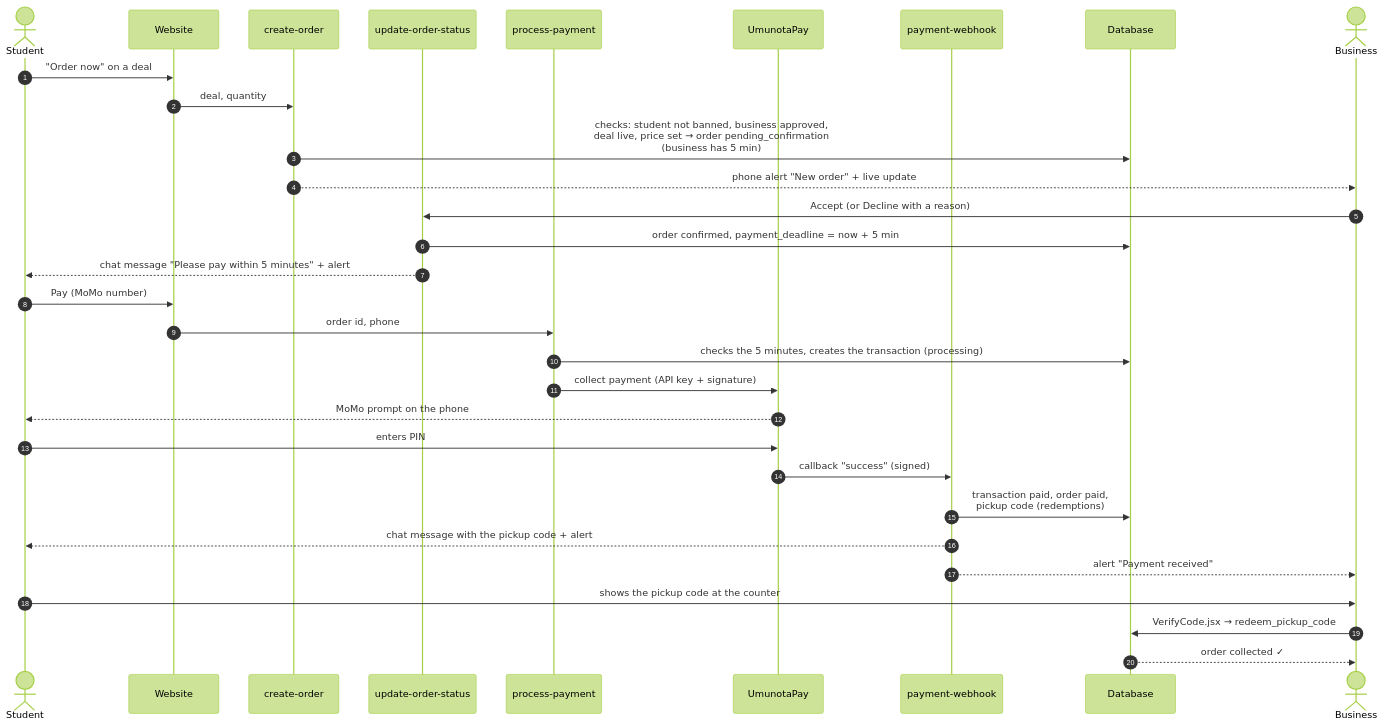
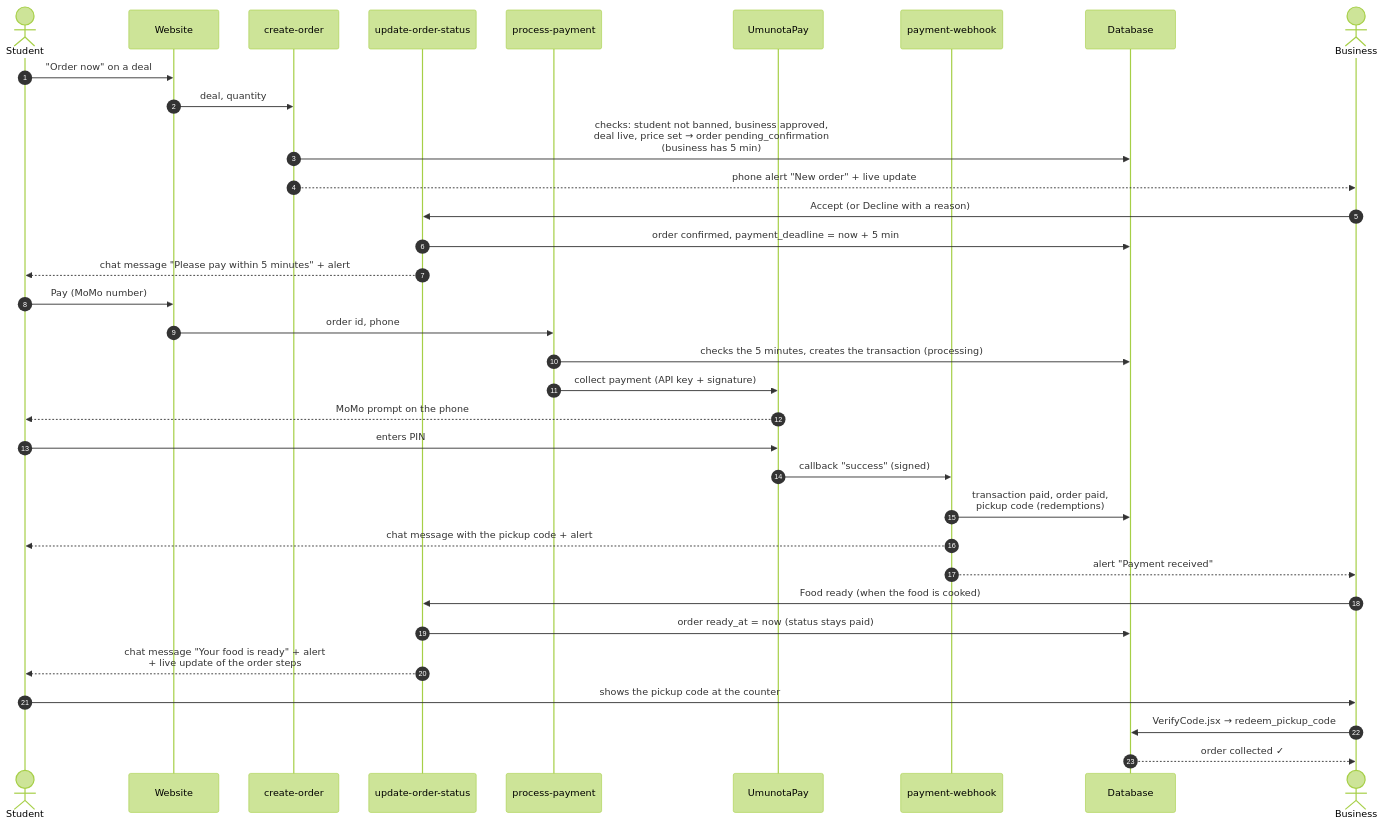
The third of 9 diagrams in docs/architecture/03-journeys.md (tangaza360-max/unipicks), drawn with Mermaid (forest theme) before and after one commit. The commit also changed 8 other files, not shown here.

First line of the commit message:
feat(orders): order steps for students, live

````diff
--- a/docs/architecture/03-journeys.md
+++ b/docs/architecture/03-journeys.md
@@ -67,34 +67,37 @@
 ```mermaid
 sequenceDiagram
   autonumber
   actor S as Student
   participant W as Website
   participant CO as create-order
   participant US as update-order-status
   participant PP as process-payment
   participant UP as UmunotaPay
   participant WH as payment-webhook
   participant DB as Database
   actor B as Business
 
   S->>W: "Order now" on a deal
   W->>CO: deal, quantity
   CO->>DB: checks: student not banned, business approved,<br/>deal live, price set → order pending_confirmation<br/>(business has 5 min)
   CO-->>B: phone alert "New order" + live update
   B->>US: Accept (or Decline with a reason)
   US->>DB: order confirmed, payment_deadline = now + 5 min
   US-->>S: chat message "Please pay within 5 minutes" + alert
   S->>W: Pay (MoMo number)
   W->>PP: order id, phone
   PP->>DB: checks the 5 minutes, creates the transaction (processing)
   PP->>UP: collect payment (API key + signature)
   UP-->>S: MoMo prompt on the phone
   S->>UP: enters PIN
   UP->>WH: callback "success" (signed)
   WH->>DB: transaction paid, order paid,<br/>pickup code (redemptions)
   WH-->>S: chat message with the pickup code + alert
   WH-->>B: alert "Payment received"
+  B->>US: Food ready (when the food is cooked)
+  US->>DB: order ready_at = now (status stays paid)
+  US-->>S: chat message "Your food is ready" + alert<br/>+ live update of the order steps
   S->>B: shows the pickup code at the counter
   B->>DB: VerifyCode.jsx → redeem_pickup_code
   DB-->>B: order collected ✓
 ```
````
